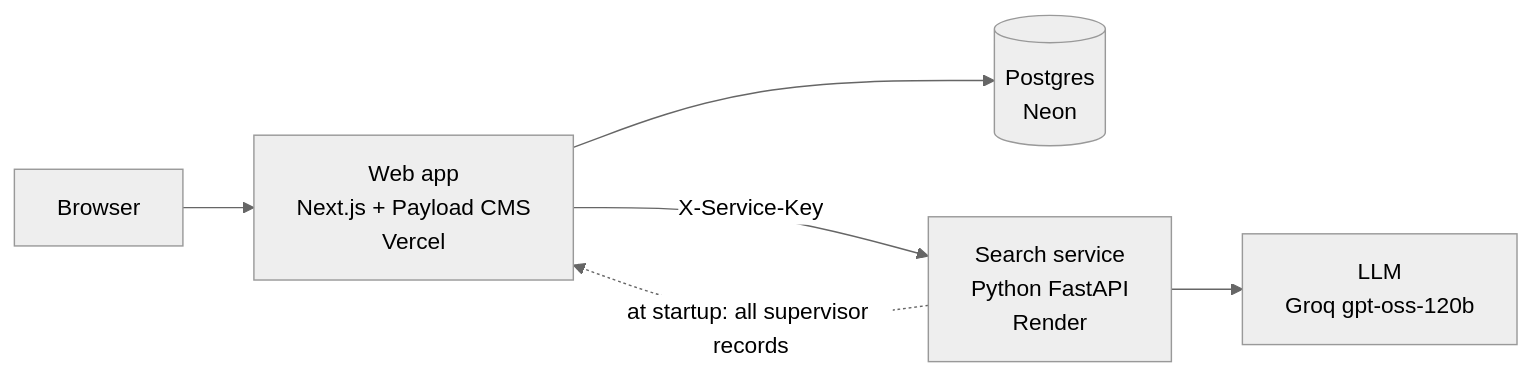
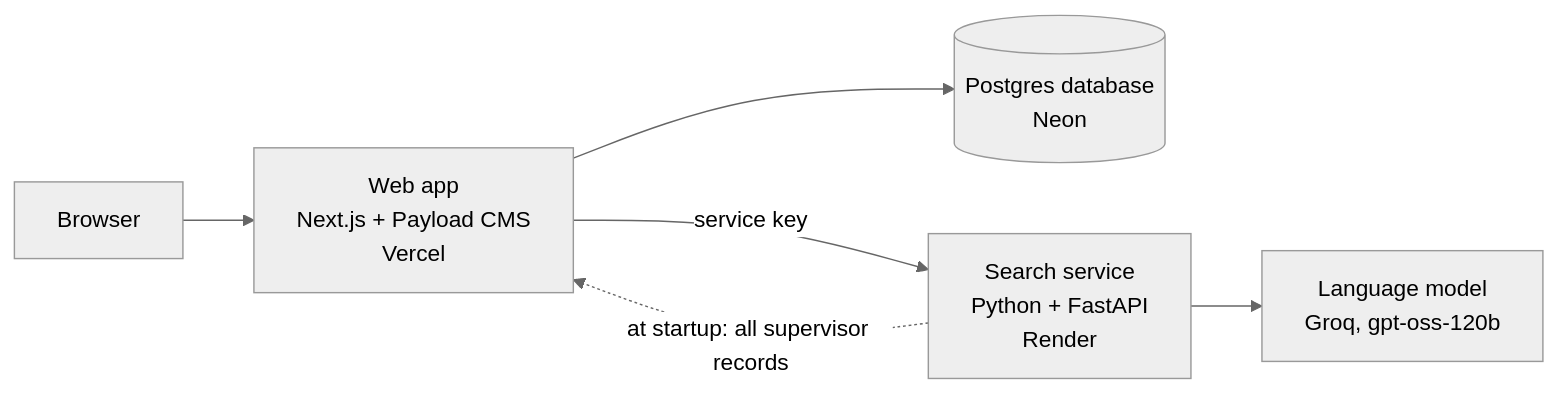
Before and after one commit to zobayertihan/RAG: the second of 3 diagrams in README.md, drawn with Mermaid (neutral theme). The commit also changed other lines of this file, not shown here.

````diff
--- a/README.md
+++ b/README.md
@@ -77,8 +85,8 @@
 ```mermaid
 flowchart LR
   B[Browser] --> W[Web app<br/>Next.js + Payload CMS<br/>Vercel]
-  W --> DB[(Postgres<br/>Neon)]
-  W -- X-Service-Key --> P[Search service<br/>Python FastAPI<br/>Render]
-  P --> L[LLM<br/>Groq gpt-oss-120b]
+  W --> DB[(Postgres database<br/>Neon)]
+  W -- service key --> P[Search service<br/>Python + FastAPI<br/>Render]
+  P --> L[Language model<br/>Groq, gpt-oss-120b]
   P -. at startup: all supervisor records .-> W
 ```
````
